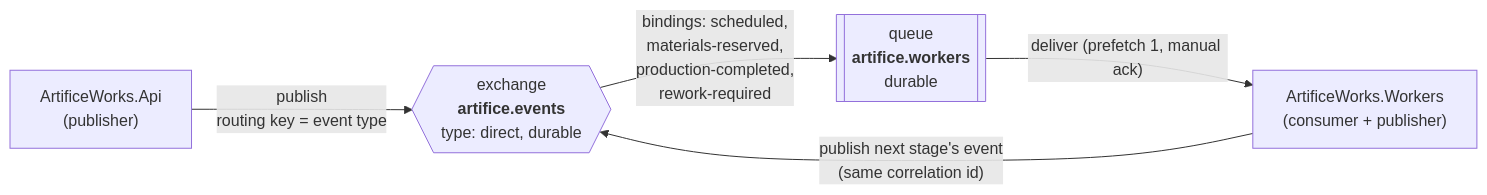
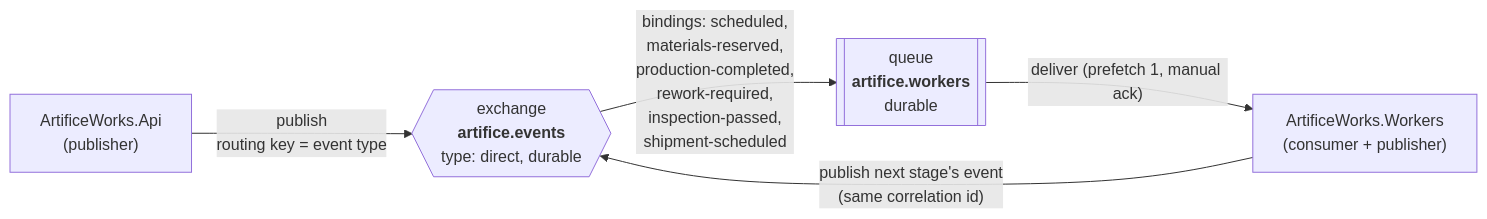
Before and after one commit to hmcenhill/ArtificeWorks: the first of 3 diagrams in docs/messaging-topology.md, drawn with Mermaid. The commit also changed other lines of this file and 44 other files, not shown here.

````diff
--- a/docs/messaging-topology.md
+++ b/docs/messaging-topology.md
@@ -11,12 +11,12 @@
 ```mermaid
 flowchart LR
     api["ArtificeWorks.Api<br/>(publisher)"]
     ex{{"exchange<br/><b>artifice.events</b><br/>type: direct, durable"}}
     q[["queue<br/><b>artifice.workers</b><br/>durable"]]
     worker["ArtificeWorks.Workers<br/>(consumer + publisher)"]
 
     api -- "publish<br/>routing key = event type" --> ex
-    ex -- "bindings: scheduled,<br/>materials-reserved,<br/>production-completed,<br/>rework-required" --> q
+    ex -- "bindings: scheduled,<br/>materials-reserved,<br/>production-completed,<br/>rework-required,<br/>inspection-passed,<br/>shipment-scheduled" --> q
     q -- "deliver (prefetch 1, manual ack)" --> worker
     worker -- "publish next stage's event<br/>(same correlation id)" --> ex
 ```
````
